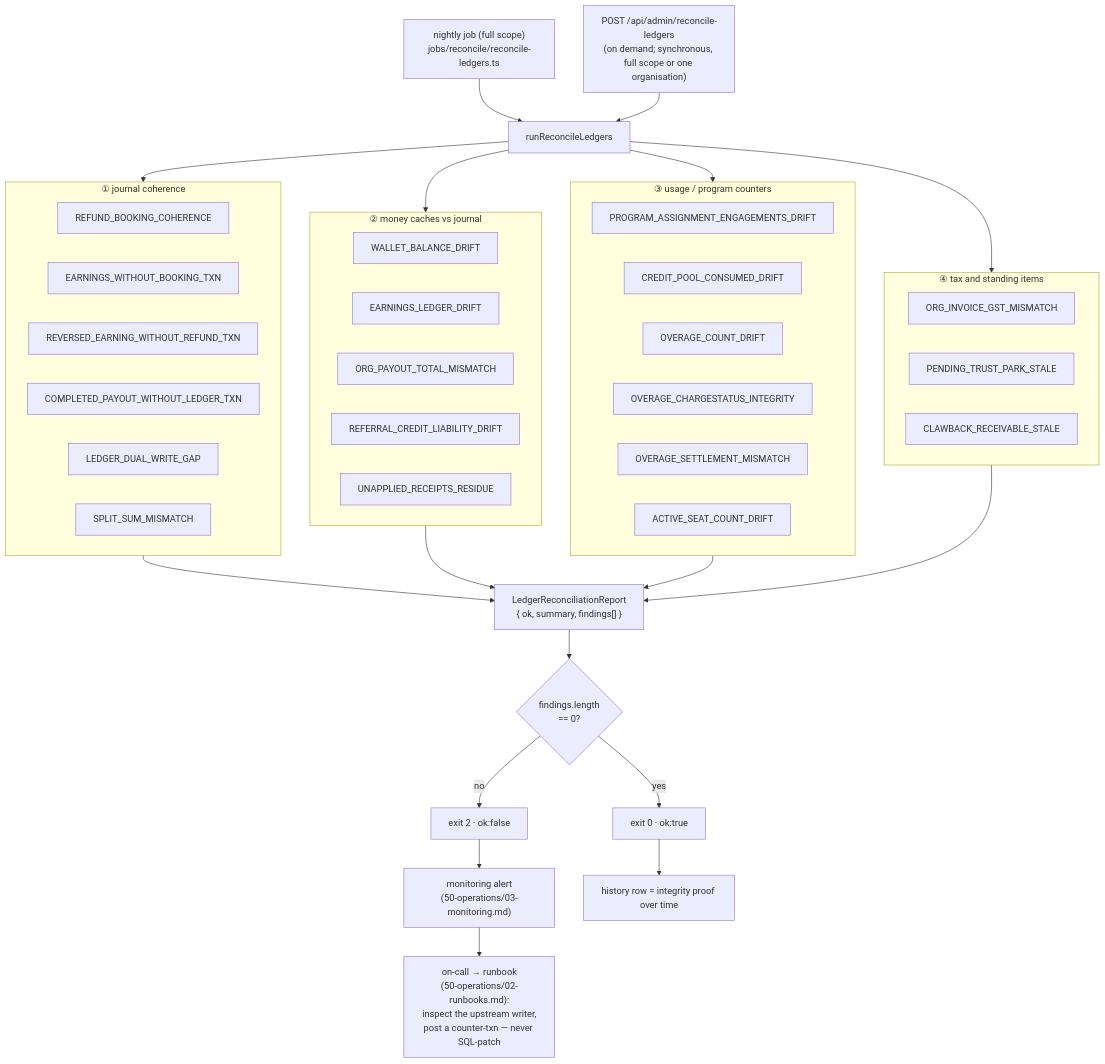
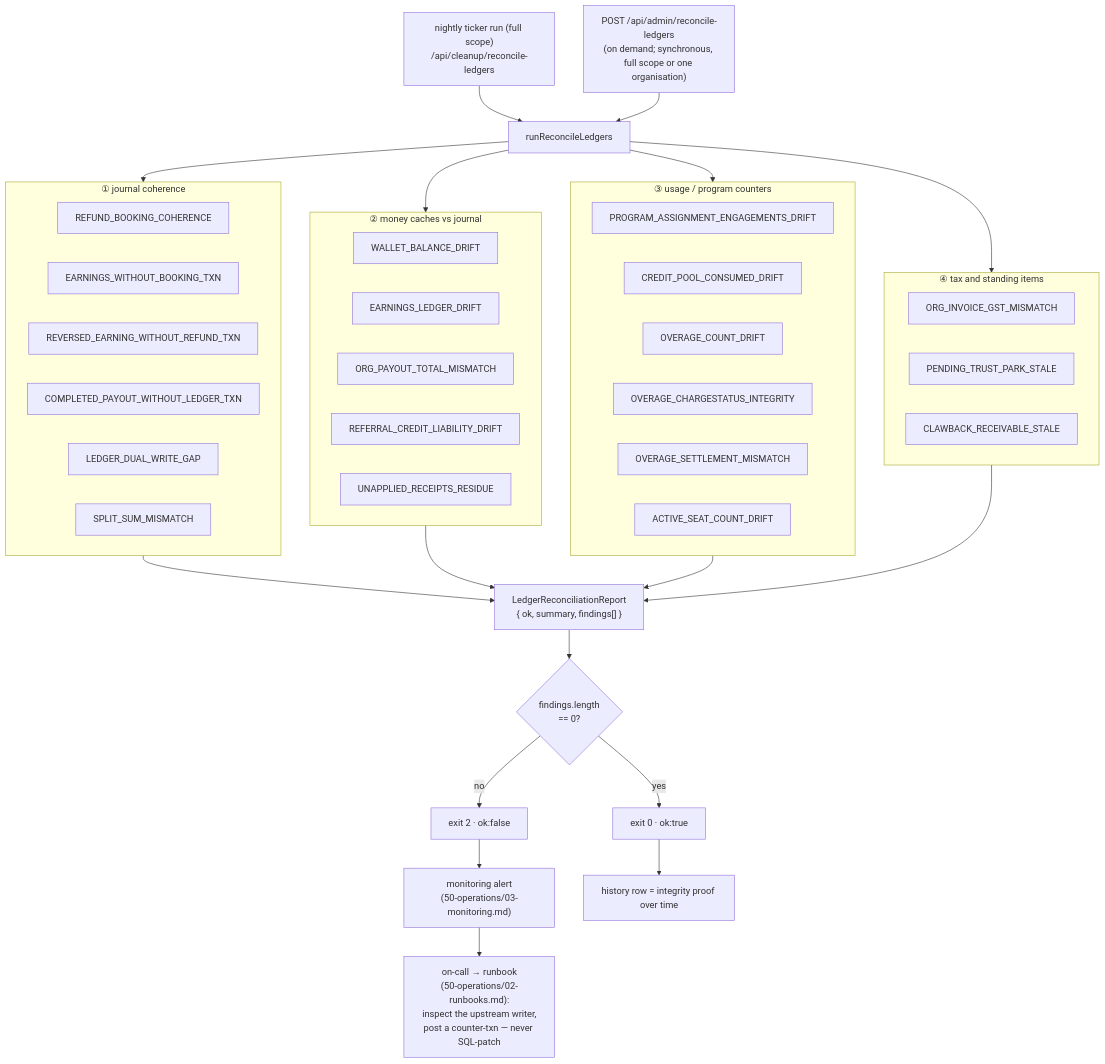
The second of 2 diagrams in docs/enterprise/10-money-and-ledger/13-ledger-integrity.md (Practitionist/familiarise_web), drawn with Mermaid before and after one commit. The commit also changed other lines of this file and 18 other files, not shown here.

First line of the commit message:
docs: point reconcile-ledgers, reconcile-disputes and tds-return-draft refs at the ticker

````diff
--- a/docs/enterprise/10-money-and-ledger/13-ledger-integrity.md
+++ b/docs/enterprise/10-money-and-ledger/13-ledger-integrity.md
@@ -66,44 +66,44 @@
 ```mermaid
 flowchart TD
-  CRON["nightly job (full scope)<br/>jobs/reconcile/reconcile-ledgers.ts"] --> RUN["runReconcileLedgers"]
+  CRON["nightly ticker run (full scope)<br/>/api/cleanup/reconcile-ledgers"] --> RUN["runReconcileLedgers"]
   ADMIN["POST /api/admin/reconcile-ledgers<br/>(on demand; synchronous, full scope or one organisation)"] --> RUN
   RUN --> G1
   RUN --> G2
   RUN --> G3
   RUN --> G4
   subgraph G1["① journal coherence"]
     RBC["REFUND_BOOKING_COHERENCE"]
     EWB["EARNINGS_WITHOUT_BOOKING_TXN"]
     REF["REVERSED_EARNING_WITHOUT_REFUND_TXN"]
     CPW["COMPLETED_PAYOUT_WITHOUT_LEDGER_TXN"]
     DWG["LEDGER_DUAL_WRITE_GAP"]
     SSM["SPLIT_SUM_MISMATCH"]
   end
   subgraph G2["② money caches vs journal"]
     WBD["WALLET_BALANCE_DRIFT"]
     ELD["EARNINGS_LEDGER_DRIFT"]
     OPT["ORG_PAYOUT_TOTAL_MISMATCH"]
     RCL["REFERRAL_CREDIT_LIABILITY_DRIFT"]
     URR["UNAPPLIED_RECEIPTS_RESIDUE"]
   end
   subgraph G3["③ usage / program counters"]
     PAE["PROGRAM_ASSIGNMENT_ENGAGEMENTS_DRIFT"]
     CPC["CREDIT_POOL_CONSUMED_DRIFT"]
     OCD["OVERAGE_COUNT_DRIFT"]
     OCI["OVERAGE_CHARGESTATUS_INTEGRITY"]
     OSM["OVERAGE_SETTLEMENT_MISMATCH"]
     ASC["ACTIVE_SEAT_COUNT_DRIFT"]
   end
   subgraph G4["④ tax and standing items"]
     IGM["ORG_INVOICE_GST_MISMATCH"]
     PTS["PENDING_TRUST_PARK_STALE"]
     CRS["CLAWBACK_RECEIVABLE_STALE"]
   end
   G1 & G2 & G3 & G4 --> RPT["LedgerReconciliationReport<br/>{ ok, summary, findings[] }"]
   RPT --> OK{"findings.length<br/>== 0?"}
   OK -- yes --> CLEAN["exit 0 · ok:true"]
   OK -- no --> PAGE["exit 2 · ok:false"]
   PAGE --> MON["monitoring alert<br/>(50-operations/03-monitoring.md)"]
   MON --> ONCALL["on-call → runbook<br/>(50-operations/02-runbooks.md):<br/>inspect the upstream writer,<br/>post a counter-txn — never SQL-patch"]
   CLEAN --> AUDIT["history row = integrity proof over time"]
 ```
````
